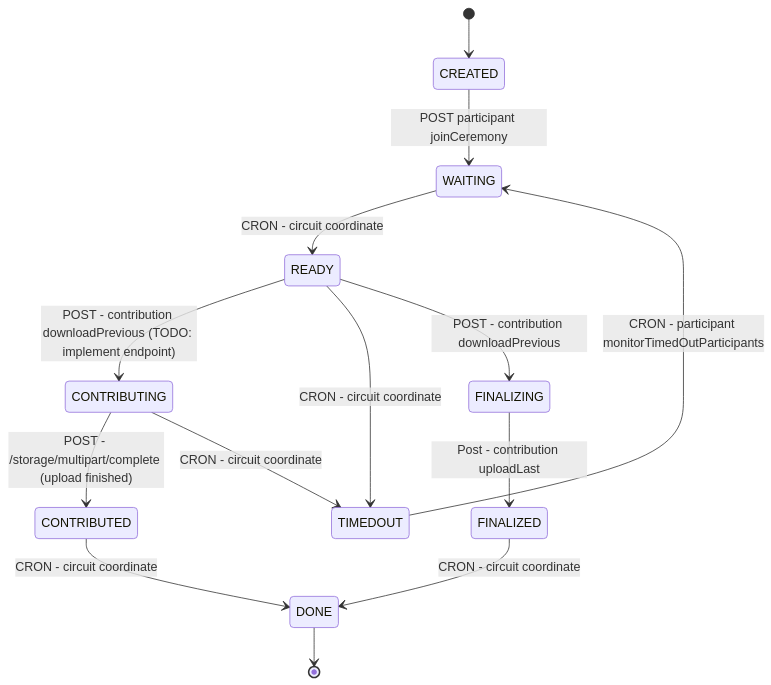
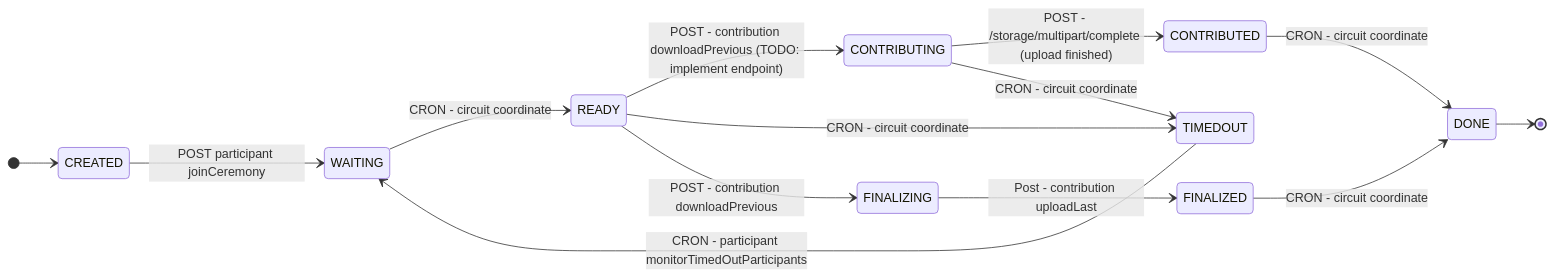
One commit to p0tion-tools/brebaje changed the diagram in apps/backend/README.md. Above: the diagram before and after it, drawn with Mermaid.

Commit message:
docs(backend): set contributions state diagram direction to LR

````diff
--- a/apps/backend/README.md
+++ b/apps/backend/README.md
@@ -65,22 +65,23 @@
 ```mermaid
 stateDiagram-v2
+    direction LR
     [*] --> CREATED
     %% Happy path (participant joins, contributes and finishes)
     CREATED --> WAITING: POST participant joinCeremony
     WAITING --> READY: CRON - circuit coordinate
     READY --> CONTRIBUTING: POST - contribution downloadPrevious (TODO: implement endpoint)
     CONTRIBUTING --> CONTRIBUTED: POST - /storage/multipart/complete (upload finished)
     CONTRIBUTED --> DONE: CRON - circuit coordinate
 
     %% Coordination (participant timeouts)
     READY --> TIMEDOUT: CRON - circuit coordinate
     CONTRIBUTING --> TIMEDOUT: CRON - circuit coordinate
     TIMEDOUT --> WAITING: CRON - participant monitorTimedOutParticipants
 
     %% Finalizing path (participant contributes and finalizes the ceremony)
     READY --> FINALIZING: POST - contribution downloadPrevious
     FINALIZING --> FINALIZED: Post - contribution uploadLast
     FINALIZED --> DONE: CRON - circuit coordinate
 
     DONE --> [*]
 ```
````
